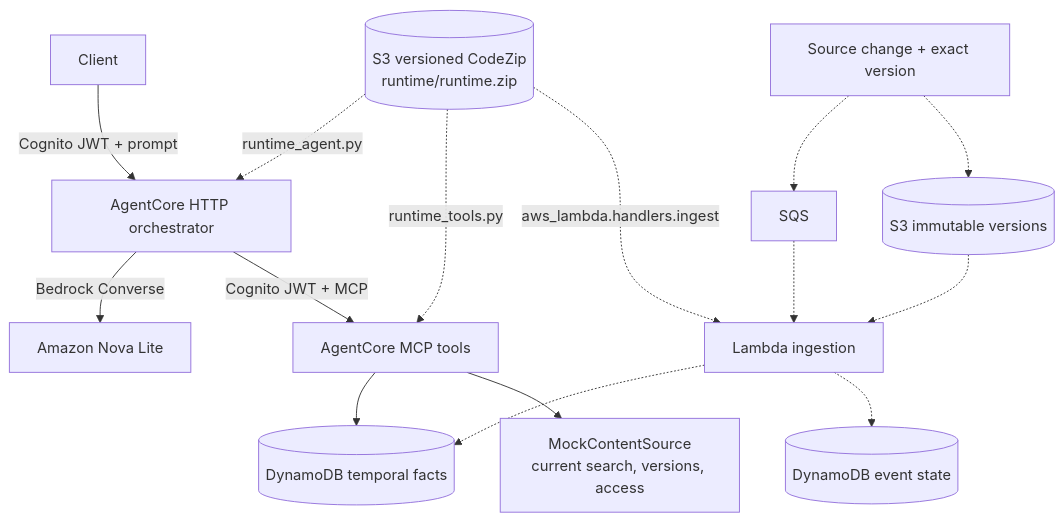
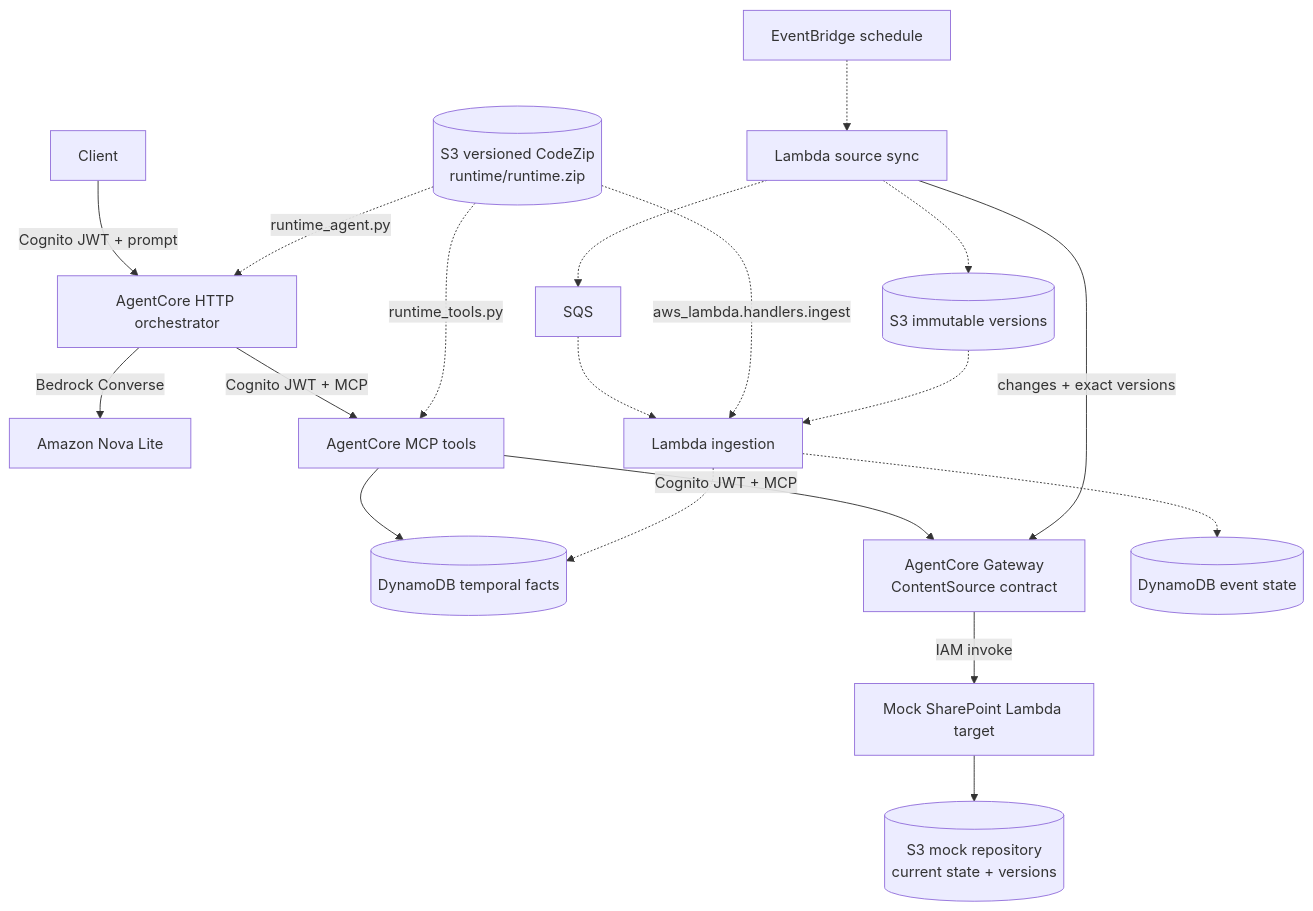
Before and after one commit to sumanthx/temporalagent: the diagram in README.md, drawn with Mermaid. The commit also changed other lines of this file and 16 other files, not shown here.

Commit message:
Add AgentCore Gateway source boundary

````diff
--- a/README.md
+++ b/README.md
@@ -9,21 +9,25 @@
 ```mermaid
 flowchart TD
     U[Client] -->|Cognito JWT + prompt| O[AgentCore HTTP orchestrator]
     O -->|Bedrock Converse| B[Amazon Nova Lite]
     O -->|Cognito JWT + MCP| M[AgentCore MCP tools]
 
     Z[(S3 versioned CodeZip<br/>runtime/runtime.zip)]
     Z -.->|runtime_agent.py| O
     Z -.->|runtime_tools.py| M
 
     M --> D[(DynamoDB temporal facts)]
-    M --> C[MockContentSource<br/>current search, versions, access]
+    M -->|Cognito JWT + MCP| G[AgentCore Gateway<br/>ContentSource contract]
+    G -->|IAM invoke| C[Mock SharePoint Lambda target]
+    C --> F[(S3 mock repository<br/>current state + versions)]
 
-    S[Source change + exact version] -.-> Q[SQS]
-    S -.-> A[(S3 immutable versions)]
+    E[EventBridge schedule] -.-> Y[Lambda source sync]
+    Y -->|changes + exact versions| G
+    Y -.-> Q[SQS]
+    Y -.-> A[(S3 immutable versions)]
     Q -.-> L[Lambda ingestion]
     Z -.->|aws_lambda.handlers.ingest| L
     A -.-> L
     L -.-> D
     L -.-> ST[(DynamoDB event state)]
 ```
````
